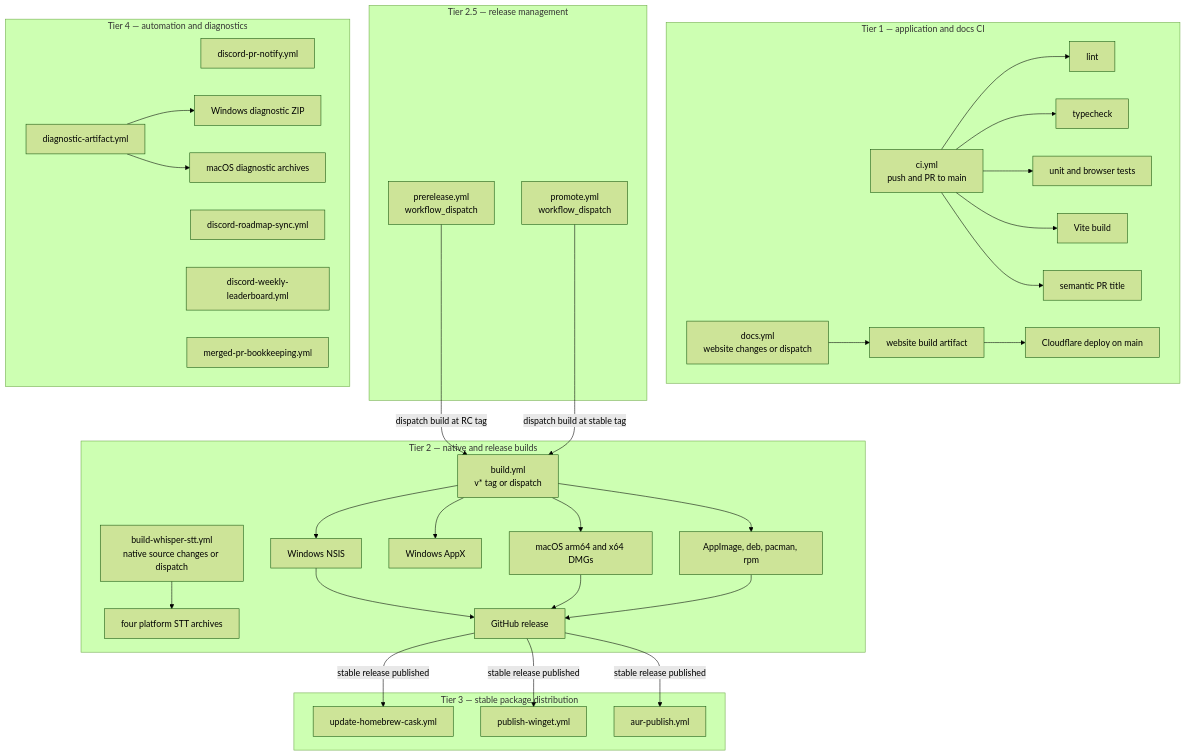
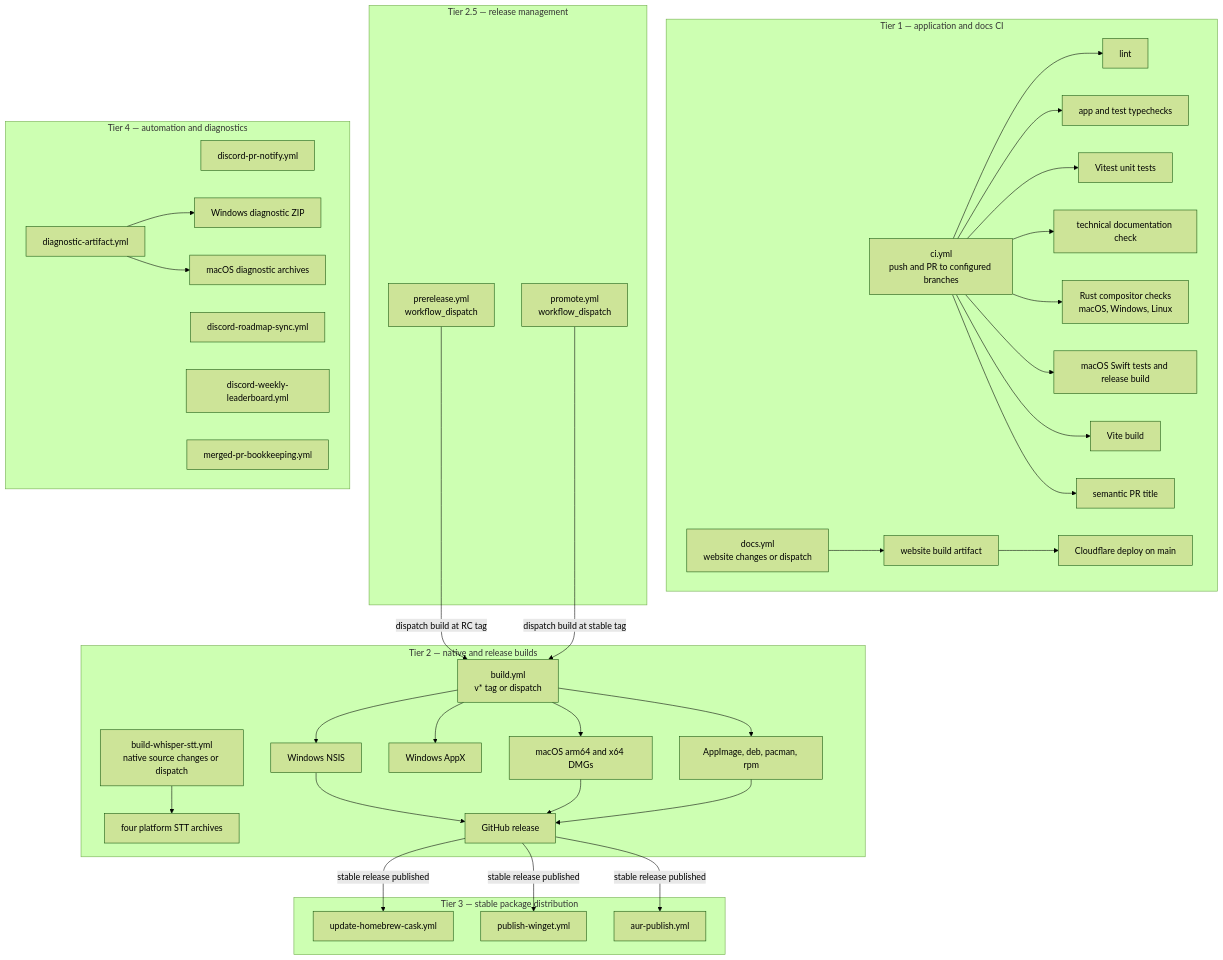
The diagram in technical-documentation/engineering/ci-workflows.md (getopenscreen/openscreen), drawn with Mermaid (forest theme) before and after one commit. The commit also changed other lines of this file and 3 other files, not shown here.

````diff
--- a/technical-documentation/engineering/ci-workflows.md
+++ b/technical-documentation/engineering/ci-workflows.md
@@ -7,47 +7,50 @@
 ```mermaid
 flowchart TD
     subgraph T1["Tier 1 — application and docs CI"]
-        CI["ci.yml<br/>push and PR to main"] --> Lint[lint]
-        CI --> Type[typecheck]
-        CI --> Test[unit and browser tests]
+        CI["ci.yml<br/>push and PR to configured branches"] --> Lint[lint]
+        CI --> Type[app and test typechecks]
+        CI --> Test[Vitest unit tests]
+        CI --> TechnicalDocs[technical documentation check]
+        CI --> Native["Rust compositor checks<br/>macOS, Windows, Linux"]
+        CI --> Swift[macOS Swift tests and release build]
         CI --> BuildSmoke[Vite build]
         CI --> Semantic[semantic PR title]
         Docs["docs.yml<br/>website changes or dispatch"] --> DocsBuild[website build artifact]
         DocsBuild --> DocsDeploy[Cloudflare deploy on main]
     end
 
     subgraph T2["Tier 2 — native and release builds"]
         Whisper["build-whisper-stt.yml<br/>native source changes or dispatch"] --> WhisperArtifacts["four platform STT archives"]
         ReleaseBuild["build.yml<br/>v* tag or dispatch"] --> Win[Windows NSIS]
         ReleaseBuild --> Store[Windows AppX]
         ReleaseBuild --> Mac["macOS arm64 and x64 DMGs"]
         ReleaseBuild --> Linux["AppImage, deb, pacman, rpm"]
         Win --> Publish[GitHub release]
         Mac --> Publish
         Linux --> Publish
     end
 
     subgraph T25["Tier 2.5 — release management"]
         RC["prerelease.yml<br/>workflow_dispatch"] -->|dispatch build at RC tag| ReleaseBuild
         Promote["promote.yml<br/>workflow_dispatch"] -->|dispatch build at stable tag| ReleaseBuild
     end
 
     subgraph T3["Tier 3 — stable package distribution"]
         Homebrew[update-homebrew-cask.yml]
         Winget[publish-winget.yml]
         AUR[aur-publish.yml]
     end
 
     Publish -->|stable release published| Homebrew
     Publish -->|stable release published| Winget
     Publish -->|stable release published| AUR
 
     subgraph T4["Tier 4 — automation and diagnostics"]
         PRDiscord[discord-pr-notify.yml]
         Roadmap[discord-roadmap-sync.yml]
         Leaderboard[discord-weekly-leaderboard.yml]
         Bookkeeping[merged-pr-bookkeeping.yml]
         Diagnostic[diagnostic-artifact.yml] --> DiagWin[Windows diagnostic ZIP]
         Diagnostic --> DiagMac[macOS diagnostic archives]
     end
 ```
````
